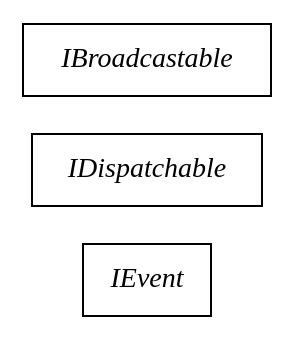
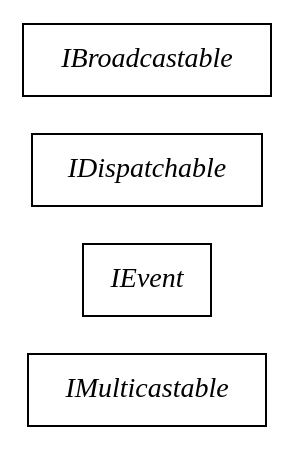
The diagram in docs/com/sekati/events/interfaces.dot (sekati/sasapi), drawn with Graphviz before and after one commit. The commit also changed 93 other files, not shown here.

Commit message:
Added com.sekati.except.* package.

```diff
--- a/docs/com/sekati/events/interfaces.dot
+++ b/docs/com/sekati/events/interfaces.dot
@@ -1,24 +1,31 @@
 strict digraph interface_diagram {
   rankdir=LR;
+  IMulticastable[
+    label="IMulticastable",
+    URL="IMulticastable.html",
+    tooltip="com.sekati.events.IMulticastable",
+    fontname="Times-Italic",
+    shape="record"
+  ];
   IEvent[
     label="IEvent",
     URL="IEvent.html",
     tooltip="com.sekati.events.IEvent",
     fontname="Times-Italic",
     shape="record"
   ];
   IDispatchable[
     label="IDispatchable",
     URL="IDispatchable.html",
     tooltip="com.sekati.events.IDispatchable",
     fontname="Times-Italic",
     shape="record"
   ];
   IBroadcastable[
     label="IBroadcastable",
     URL="IBroadcastable.html",
     tooltip="com.sekati.events.IBroadcastable",
     fontname="Times-Italic",
     shape="record"
   ];
 }
```
